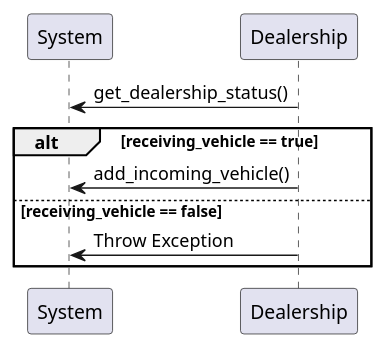
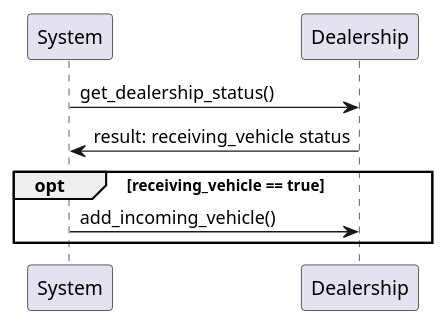
Before and after one commit to csengelhart/Car-Dealership-Tracking: the diagram in Sequence_Add_Incoming_Vehicle.puml, drawn with PlantUML.

Commit message:
Updated to flip arrows because get_dealership_status method belongs to Dealership. Added returning result which receiving status. Changed the conditional from alt to opt because if receiving_vehicle is false, we're simply not adding it instead of throwing an exception. Also switched the arrow for add_incoming_vehicle() because the method belongs to Dealership.

```diff
--- a/Sequence_Add_Incoming_Vehicle.puml
+++ b/Sequence_Add_Incoming_Vehicle.puml
@@ -1,15 +1,10 @@
 @startuml
 
 
-System <- Dealership: get_dealership_status()
-    alt receiving_vehicle == true
-        Dealership -> System: add_incoming_vehicle()
-
-    else receiving_vehicle == false
-        Dealership -> System: Throw Exception
-
-    end
-
-
+System -> Dealership: get_dealership_status()
+System <- Dealership: result: receiving_vehicle status
+    opt receiving_vehicle == true
+        System -> Dealership: add_incoming_vehicle()
+    end opt
 
 @enduml
```
